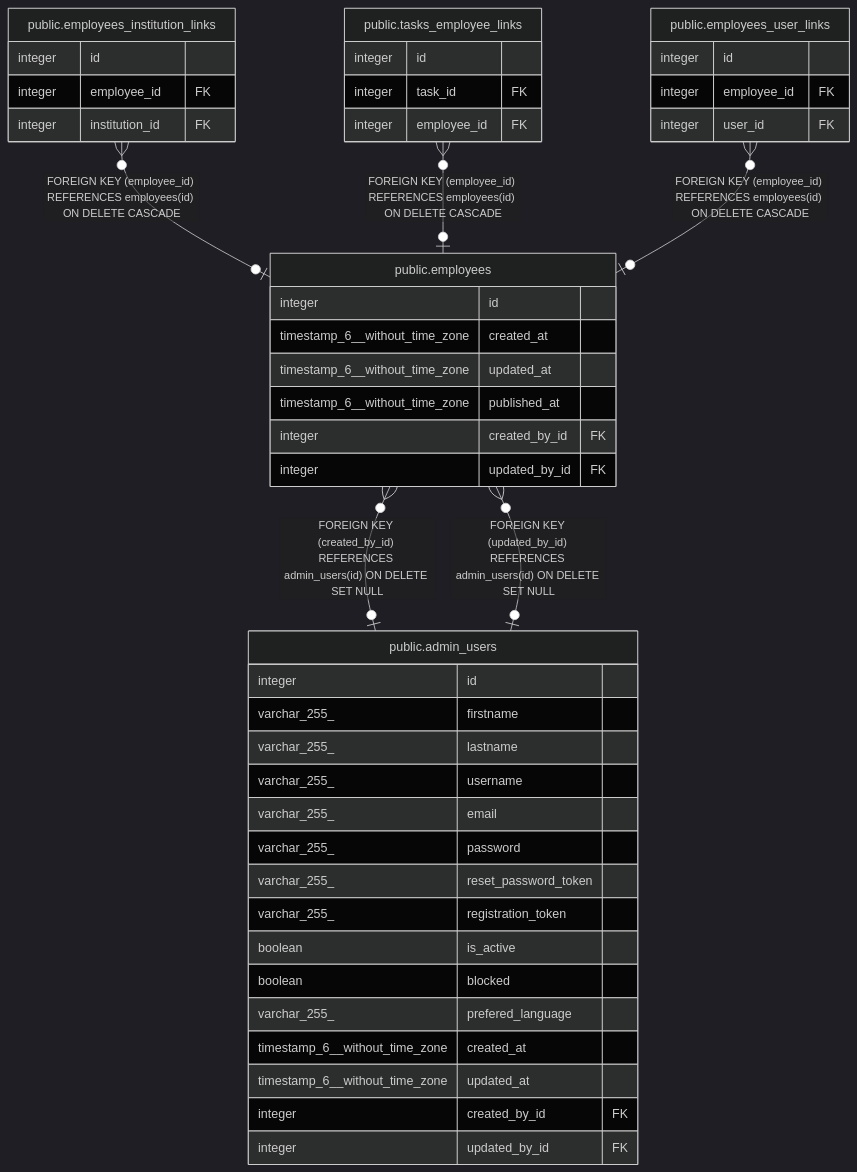
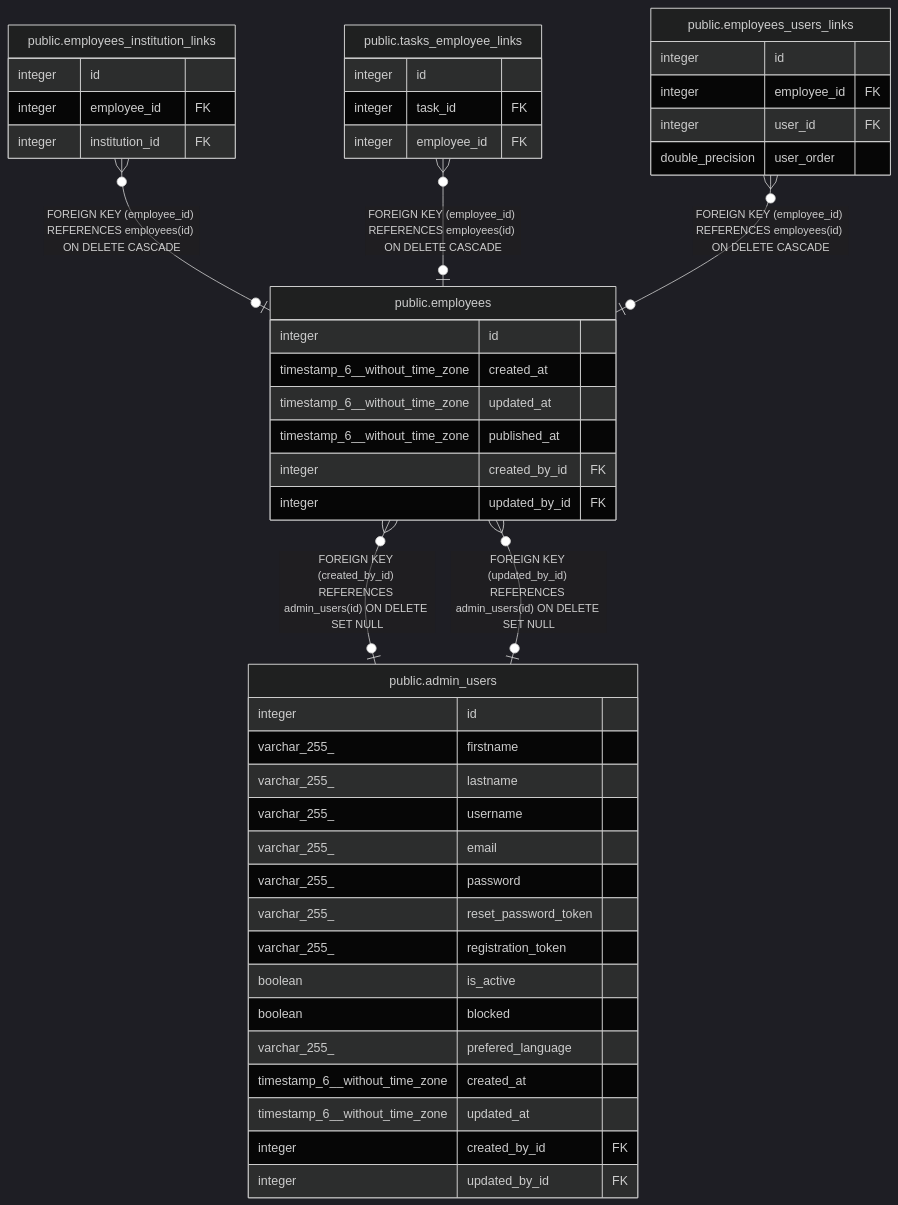
The diagram in docs/dbschema/public.employees.md (mosamosamosamosa/Anitection), drawn with Mermaid (dark theme) before and after one commit. The commit also changed other lines of this file and 20 other files, not shown here.

````diff
--- a/docs/dbschema/public.employees.md
+++ b/docs/dbschema/public.employees.md
@@ -34,50 +34,51 @@
 ```mermaid
 erDiagram
 
 "public.employees_institution_links" }o--o| "public.employees" : "FOREIGN KEY (employee_id) REFERENCES employees(id) ON DELETE CASCADE"
 "public.tasks_employee_links" }o--o| "public.employees" : "FOREIGN KEY (employee_id) REFERENCES employees(id) ON DELETE CASCADE"
-"public.employees_user_links" }o--o| "public.employees" : "FOREIGN KEY (employee_id) REFERENCES employees(id) ON DELETE CASCADE"
+"public.employees_users_links" }o--o| "public.employees" : "FOREIGN KEY (employee_id) REFERENCES employees(id) ON DELETE CASCADE"
 "public.employees" }o--o| "public.admin_users" : "FOREIGN KEY (created_by_id) REFERENCES admin_users(id) ON DELETE SET NULL"
 "public.employees" }o--o| "public.admin_users" : "FOREIGN KEY (updated_by_id) REFERENCES admin_users(id) ON DELETE SET NULL"
 
 "public.employees" {
   integer id
   timestamp_6__without_time_zone created_at
   timestamp_6__without_time_zone updated_at
   timestamp_6__without_time_zone published_at
   integer created_by_id FK
   integer updated_by_id FK
 }
 "public.employees_institution_links" {
   integer id
   integer employee_id FK
   integer institution_id FK
 }
 "public.tasks_employee_links" {
   integer id
   integer task_id FK
   integer employee_id FK
 }
-"public.employees_user_links" {
+"public.employees_users_links" {
   integer id
   integer employee_id FK
   integer user_id FK
+  double_precision user_order
 }
 "public.admin_users" {
   integer id
   varchar_255_ firstname
   varchar_255_ lastname
   varchar_255_ username
   varchar_255_ email
   varchar_255_ password
   varchar_255_ reset_password_token
   varchar_255_ registration_token
   boolean is_active
   boolean blocked
   varchar_255_ prefered_language
   timestamp_6__without_time_zone created_at
   timestamp_6__without_time_zone updated_at
   integer created_by_id FK
   integer updated_by_id FK
 }
 ```
````
